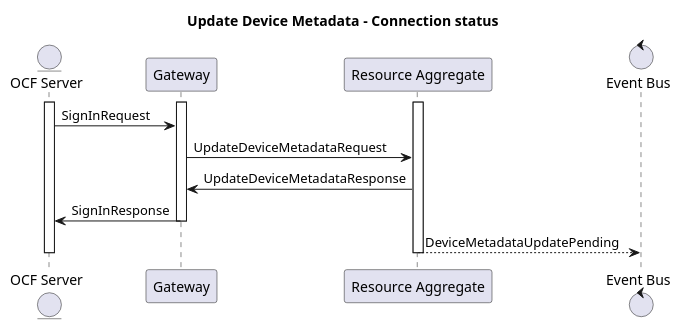
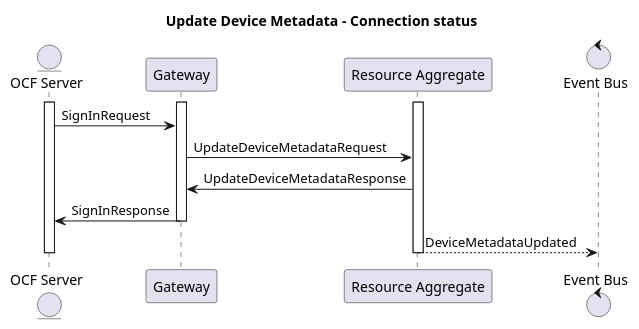
One commit to plgd-dev/hub changed the eighth of 8 diagrams in resource-aggregate/.plantuml. Above: the diagram before and after it, drawn with PlantUML. The commit also changed 10 other files, not shown here.

```diff
--- a/resource-aggregate/.plantuml
+++ b/resource-aggregate/.plantuml
@@ -221,20 +221,20 @@
 @startuml
 title "Update Device Metadata - Connection status"
 
 entity "OCF Server" as Server
 participant "Gateway" as Gateway
 participant "Resource Aggregate" as ResourceAggregate
 control "Event Bus" as Bus
 
 activate ResourceAggregate
 activate Server
 activate Gateway
 Server -> Gateway : SignInRequest
 Gateway-> ResourceAggregate : UpdateDeviceMetadataRequest
 ResourceAggregate -> Gateway : UpdateDeviceMetadataResponse
 Gateway -> Server : SignInResponse
 deactivate Gateway
-ResourceAggregate --> Bus : DeviceMetadataUpdatePending
+ResourceAggregate --> Bus : DeviceMetadataUpdated
 deactivate ResourceAggregate
 deactivate Server
 @enduml
```
